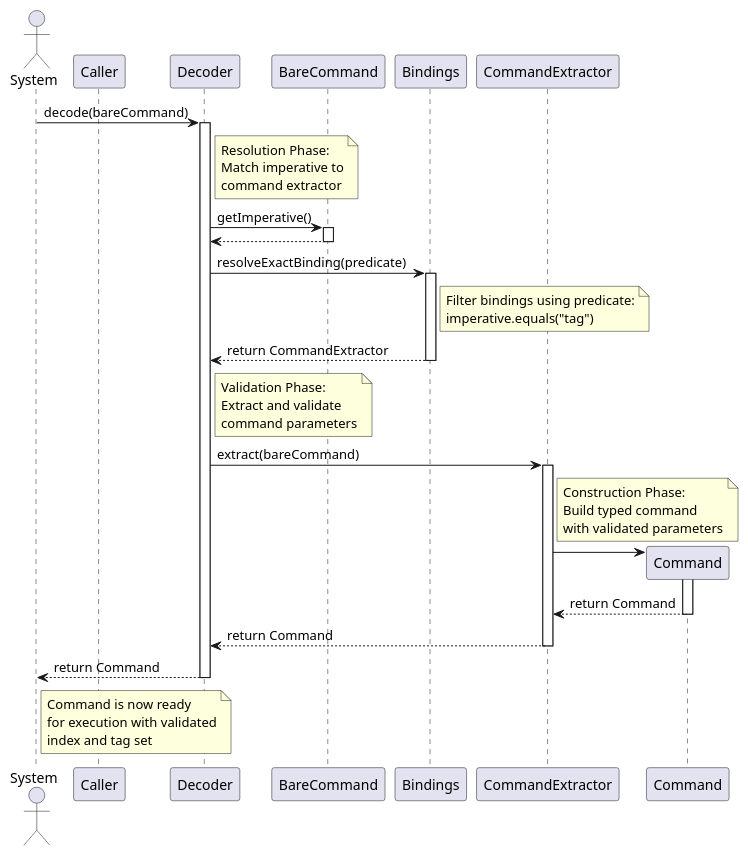
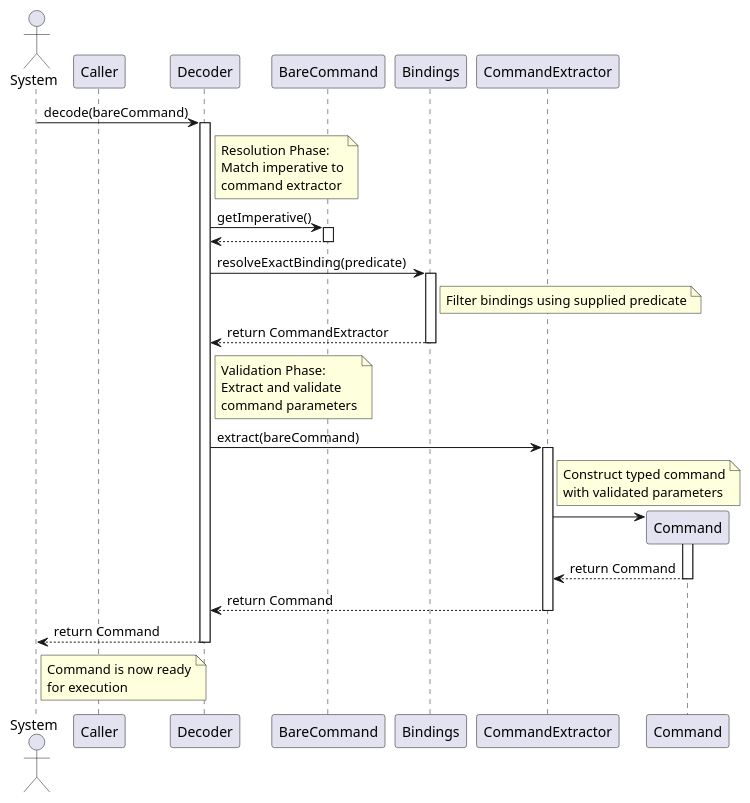
One commit to Xateh/tp changed the diagram in docs/diagrams/assembly/DecodingSequence.puml. Above: the diagram before and after it, drawn with PlantUML. The commit also changed 3 other files, not shown here.

```diff
--- a/docs/diagrams/assembly/DecodingSequence.puml
+++ b/docs/diagrams/assembly/DecodingSequence.puml
@@ -1,68 +1,65 @@
 @startuml
 actor System
 participant "Caller" as Caller
 participant "Decoder" as Decoder
 participant "BareCommand" as BareCmd
 participant "Bindings" as Bindings
 participant "CommandExtractor" as Extractor
 participant "Command" as Cmd
 
 System -> Decoder: decode(bareCommand)
 activate Decoder
 
 note right of Decoder
   Resolution Phase:
   Match imperative to
   command extractor
 end note
 
 Decoder -> BareCmd: getImperative()
 activate BareCmd
 BareCmd --> Decoder
 deactivate BareCmd
 
 Decoder -> Bindings: resolveExactBinding(predicate)
 activate Bindings
 
 note right of Bindings
-  Filter bindings using predicate:
-  imperative.equals("tag")
+  Filter bindings using supplied predicate
 end note
 
 Bindings --> Decoder: return CommandExtractor
 deactivate Bindings
 
 note right of Decoder
   Validation Phase:
   Extract and validate
   command parameters
 end note
 
 Decoder -> Extractor: extract(bareCommand)
 activate Extractor
 
 note right of Extractor
-  Construction Phase:
-  Build typed command
+  Construct typed command
   with validated parameters
 end note
 
 create Cmd
 Extractor -> Cmd
 activate Cmd
 Cmd --> Extractor: return Command
 deactivate Cmd
 
 Extractor --> Decoder: return Command
 deactivate Extractor
 
 Decoder --> System: return Command
 deactivate Decoder
 
 note right of System
   Command is now ready
-  for execution with validated
-  index and tag set
+  for execution
 end note
 
 @enduml
```
